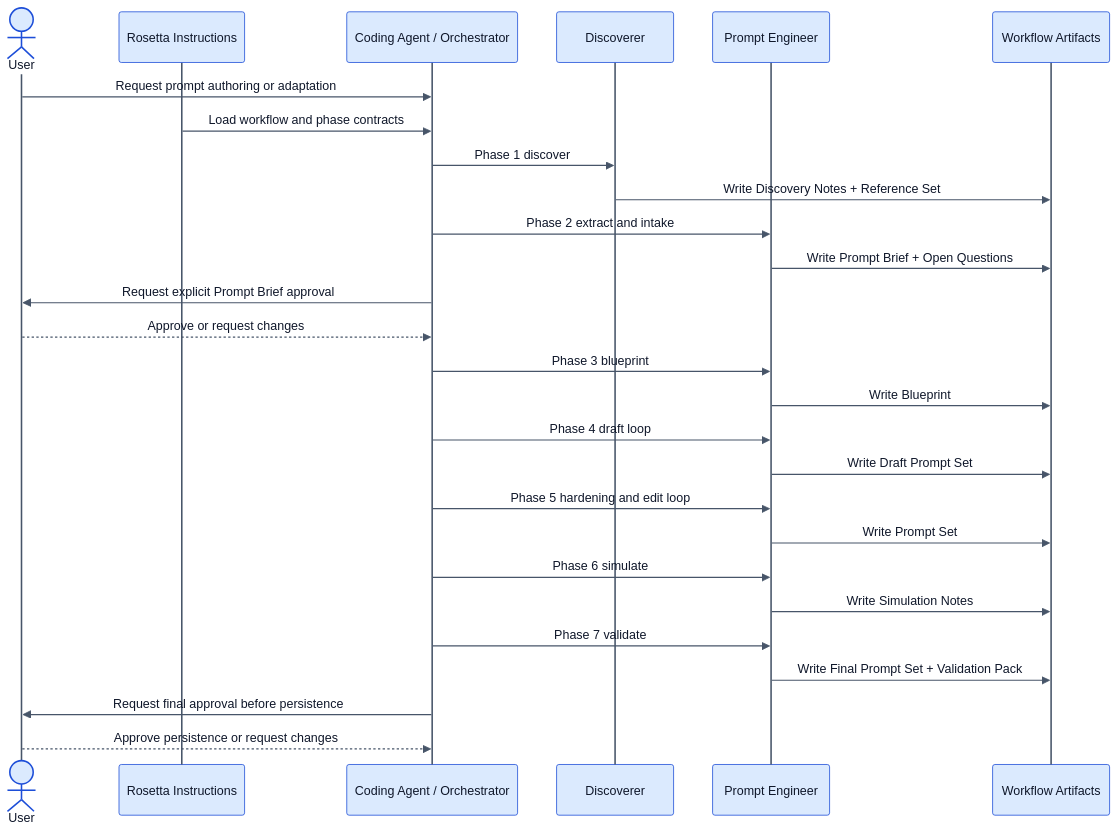
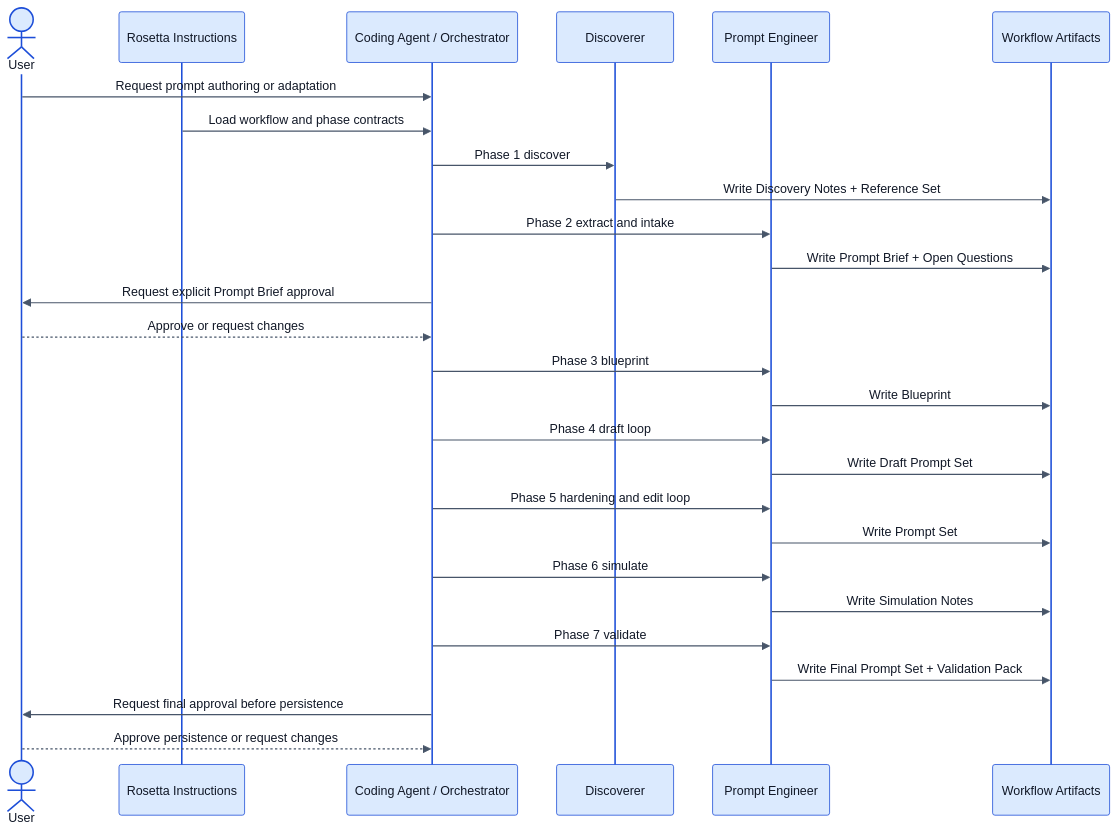
One commit to heywood8/rosetta changed the second of 2 diagrams in docs/web/docs/coding-agents-prompting-flow.md. Above: the diagram before and after it, drawn with Mermaid. The commit also changed other lines of this file and 13 other files, not shown here.

````diff
--- a/docs/web/docs/coding-agents-prompting-flow.md
+++ b/docs/web/docs/coding-agents-prompting-flow.md
@@ -144,46 +145,49 @@
 ```mermaid
 %%{init: {'theme':'base','themeVariables':{
-  'background':'#ffffff',
-  'actorBkg':'#dbeafe',
-  'actorBorder':'#1d4ed8',
-  'actorTextColor':'#0f172a',
-  'actorLineColor':'#475569',
-  'signalColor':'#475569',
-  'signalTextColor':'#0f172a',
-  'labelBoxBkgColor':'#dcfce7',
-  'labelBoxBorderColor':'#16a34a',
-  'labelTextColor':'#14532d',
-  'noteBkgColor':'#fef3c7',
-  'noteBorderColor':'#d97706',
-  'noteTextColor':'#78350f',
-  'loopTextColor':'#0f172a'
+'background':'#ffffff',
+'textColor':'#111827',
+'lineColor':'#475569',
+'actorBkg':'#dbeafe',
+'actorBorder':'#1d4ed8',
+'actorTextColor':'#111827',
+'signalColor':'#475569',
+'signalTextColor':'#111827',
+'labelBoxBkgColor':'#dcfce7',
+'labelBoxBorderColor':'#16a34a',
+'labelTextColor':'#14532d',
+'noteBkgColor':'#fef3c7',
+'noteBorderColor':'#d97706',
+'noteTextColor':'#78350f',
+'activationBkgColor':'#dbeafe',
+'activationBorderColor':'#1d4ed8',
+'fontFamily':'Fira Sans, sans-serif'
 }}}%%
 sequenceDiagram
     actor U as User
     participant R as Rosetta Instructions
     participant O as Coding Agent / Orchestrator
     participant D as Discoverer
     participant P as Prompt Engineer
     participant A as Workflow Artifacts
 
     U->>O: Request prompt authoring or adaptation
     R->>O: Load workflow and phase contracts
     O->>D: Phase 1 discover
     D->>A: Write Discovery Notes + Reference Set
     O->>P: Phase 2 extract and intake
     P->>A: Write Prompt Brief + Open Questions
     O->>U: Request explicit Prompt Brief approval
     U-->>O: Approve or request changes
     O->>P: Phase 3 blueprint
     P->>A: Write Blueprint
     O->>P: Phase 4 draft loop
     P->>A: Write Draft Prompt Set
     O->>P: Phase 5 hardening and edit loop
     P->>A: Write Prompt Set
     O->>P: Phase 6 simulate
     P->>A: Write Simulation Notes
     O->>P: Phase 7 validate
     P->>A: Write Final Prompt Set + Validation Pack
     O->>U: Request final approval before persistence
     U-->>O: Approve persistence or request changes
 ```
````
